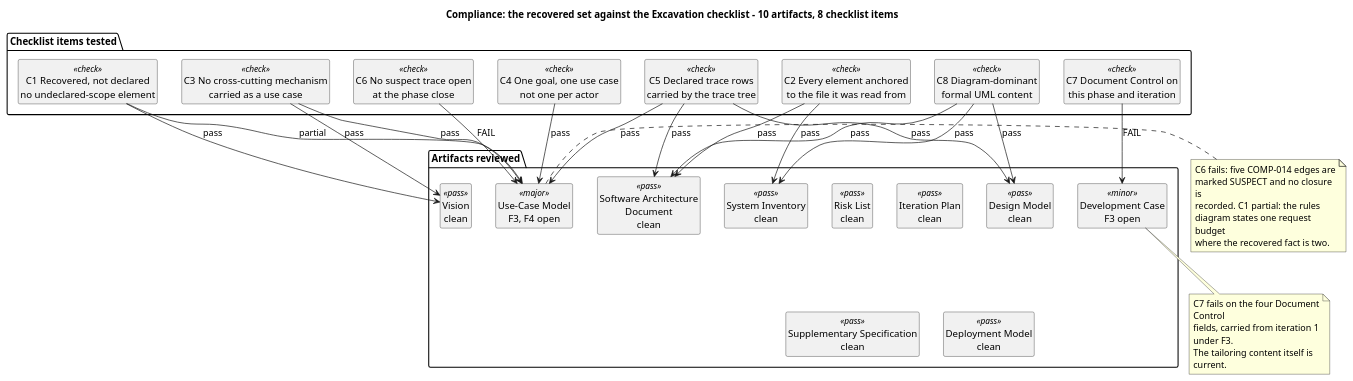
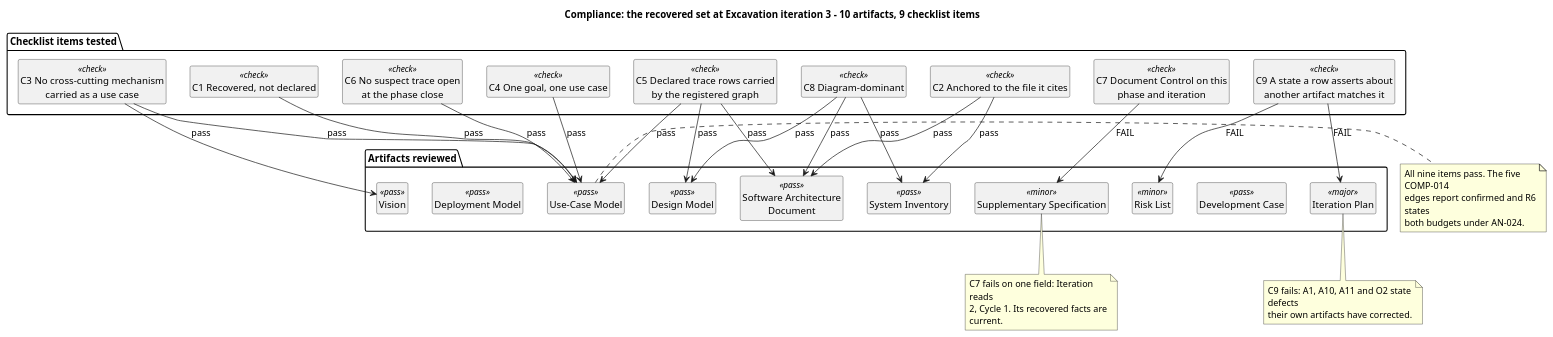
Before and after one commit to banense-test/TodoApp: the third of 11 diagrams in docs/artifacts/project-management/review-record.md, drawn with PlantUML. The commit also changed other lines of this file, not shown here.

First line of the commit message:
Reviewer [Excavation3]: upsert Review Record

````diff
--- a/docs/artifacts/project-management/review-record.md
+++ b/docs/artifacts/project-management/review-record.md
@@ -287,65 +287,68 @@
 ```plantuml
 @startuml
-title Compliance: the recovered set against the Excavation checklist - 10 artifacts, 8 checklist items
+title Compliance: the recovered set at Excavation iteration 3 - 10 artifacts, 9 checklist items
 
 skinparam shadowing false
 skinparam classAttributeIconSize 0
-skinparam wrapWidth 210
+skinparam wrapWidth 215
 hide circle
 hide empty members
 
 package "Checklist items tested" {
-  class "C1 Recovered, not declared\nno undeclared-scope element" as C1 <<check>>
-  class "C2 Every element anchored\nto the file it was read from" as C2 <<check>>
+  class "C1 Recovered, not declared" as C1 <<check>>
+  class "C2 Anchored to the file it cites" as C2 <<check>>
   class "C3 No cross-cutting mechanism\ncarried as a use case" as C3 <<check>>
-  class "C4 One goal, one use case\nnot one per actor" as C4 <<check>>
-  class "C5 Declared trace rows\ncarried by the trace tree" as C5 <<check>>
+  class "C4 One goal, one use case" as C4 <<check>>
+  class "C5 Declared trace rows carried\nby the registered graph" as C5 <<check>>
   class "C6 No suspect trace open\nat the phase close" as C6 <<check>>
-  class "C7 Document Control on\nthis phase and iteration" as C7 <<check>>
-  class "C8 Diagram-dominant\nformal UML content" as C8 <<check>>
+  class "C7 Document Control on this\nphase and iteration" as C7 <<check>>
+  class "C8 Diagram-dominant" as C8 <<check>>
+  class "C9 A state a row asserts about\nanother artifact matches it" as C9 <<check>>
 }
 
 package "Artifacts reviewed" {
-  class "Development Case\nF3 open" as A_DC <<minor>>
-  class "System Inventory\nclean" as A_SI <<pass>>
-  class "Risk List\nclean" as A_RL <<pass>>
-  class "Iteration Plan\nclean" as A_IP <<pass>>
-  class "Vision\nclean" as A_VIS <<pass>>
-  class "Use-Case Model\nF3, F4 open" as A_UCM <<major>>
-  class "Supplementary Specification\nclean" as A_SS <<pass>>
-  class "Software Architecture Document\nclean" as A_SAD <<pass>>
-  class "Deployment Model\nclean" as A_DM <<pass>>
-  class "Design Model\nclean" as A_DES <<pass>>
+  class "Development Case" as A_DC <<pass>>
+  class "System Inventory" as A_SI <<pass>>
+  class "Risk List" as A_RL <<minor>>
+  class "Iteration Plan" as A_IP <<major>>
+  class "Vision" as A_VIS <<pass>>
+  class "Use-Case Model" as A_UCM <<pass>>
+  class "Supplementary Specification" as A_SS <<minor>>
+  class "Software Architecture Document" as A_SAD <<pass>>
+  class "Deployment Model" as A_DM <<pass>>
+  class "Design Model" as A_DES <<pass>>
 }
 
-C1 --> A_UCM : partial
-C1 --> A_VIS : pass
+C1 --> A_UCM : pass
 C2 --> A_SI : pass
 C2 --> A_SAD : pass
 C3 --> A_UCM : pass
 C3 --> A_VIS : pass
 C4 --> A_UCM : pass
 C5 --> A_UCM : pass
+C5 --> A_SAD : pass
 C5 --> A_DES : pass
-C5 --> A_SAD : pass
-C6 --> A_UCM : FAIL
-C7 --> A_DC : FAIL
+C6 --> A_UCM : pass
+C7 --> A_SS : FAIL
 C8 --> A_SI : pass
 C8 --> A_SAD : pass
 C8 --> A_DES : pass
+C9 --> A_IP : FAIL
+C9 --> A_RL : FAIL
 
 note right of A_UCM
-  C6 fails: five COMP-014 edges are
-  marked SUSPECT and no closure is
-  recorded. C1 partial: the rules
-  diagram states one request budget
-  where the recovered fact is two.
+  All nine items pass. The five COMP-014
+  edges report confirmed and R6 states
+  both budgets under AN-024.
 end note
-note bottom of A_DC
-  C7 fails on the four Document Control
-  fields, carried from iteration 1 under F3.
-  The tailoring content itself is current.
+note bottom of A_IP
+  C9 fails: A1, A10, A11 and O2 state defects
+  their own artifacts have corrected.
+end note
+note bottom of A_SS
+  C7 fails on one field: Iteration reads
+  2, Cycle 1. Its recovered facts are current.
 end note
 
 @enduml
 ```
````
